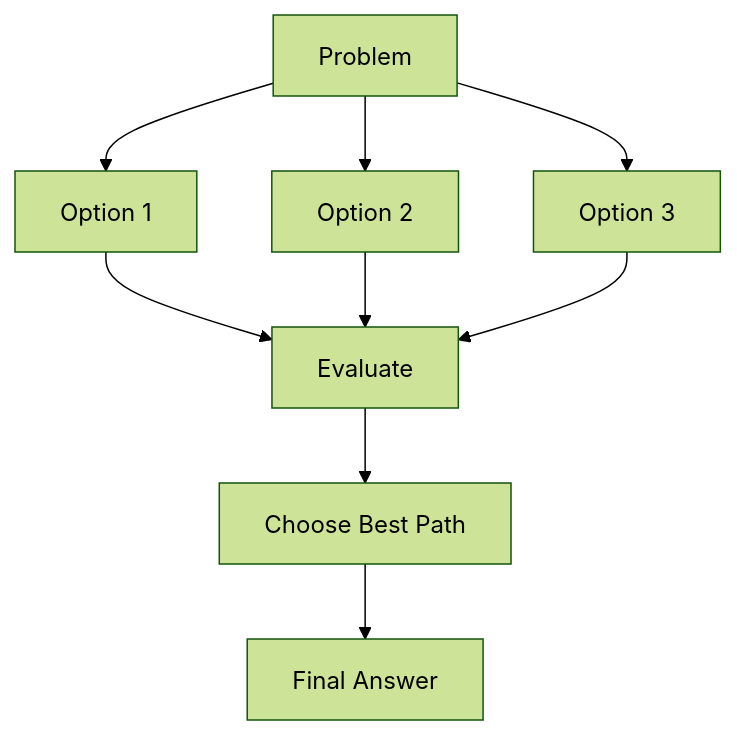
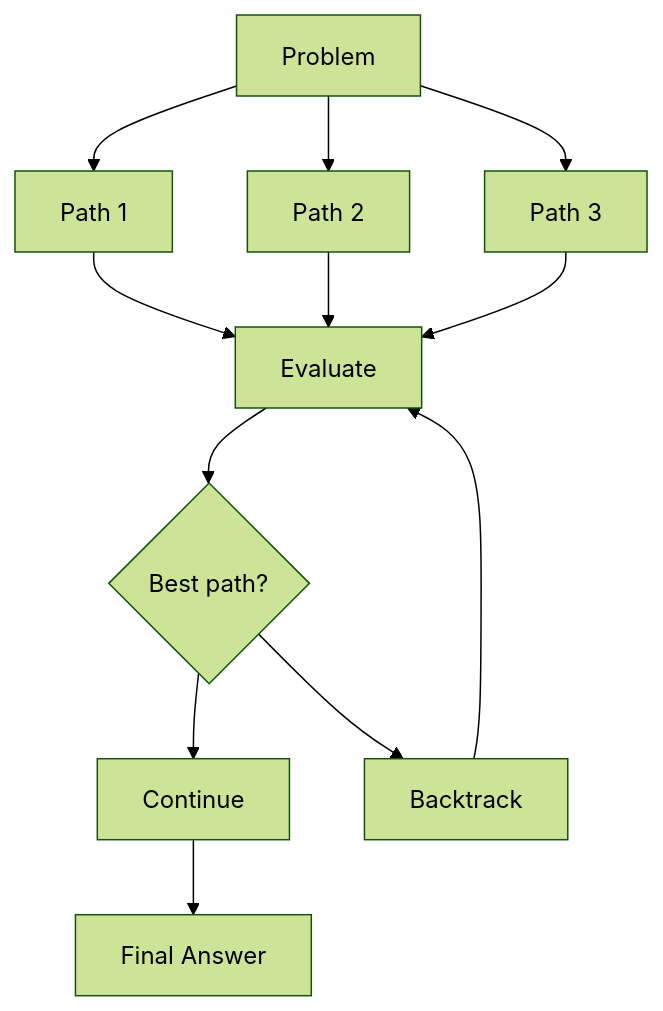
Before and after one commit to AceronX/ai-agent-roadmap: the fourth of 8 diagrams in docs/stages/03-prompt-engineering/prompt-basics/index.md, drawn with Mermaid (forest theme). The commit also changed other lines of this file and 1 other file, not shown here.

````diff
--- a/docs/stages/03-prompt-engineering/prompt-basics/index.md
+++ b/docs/stages/03-prompt-engineering/prompt-basics/index.md
@@ -380,11 +345,14 @@
 ```mermaid
 flowchart TD
-    A[Problem] --> B[Option 1]
-    A --> C[Option 2]
-    A --> D[Option 3]
+    A[Problem] --> B[Path 1]
+    A --> C[Path 2]
+    A --> D[Path 3]
     B --> E[Evaluate]
     C --> E
     D --> E
-    E --> F[Choose Best Path]
-    F --> G[Final Answer]
+    E --> F{Best path?}
+    F --> G[Continue]
+    F --> H[Backtrack]
+    G --> I[Final Answer]
+    H --> E
 ```
````
